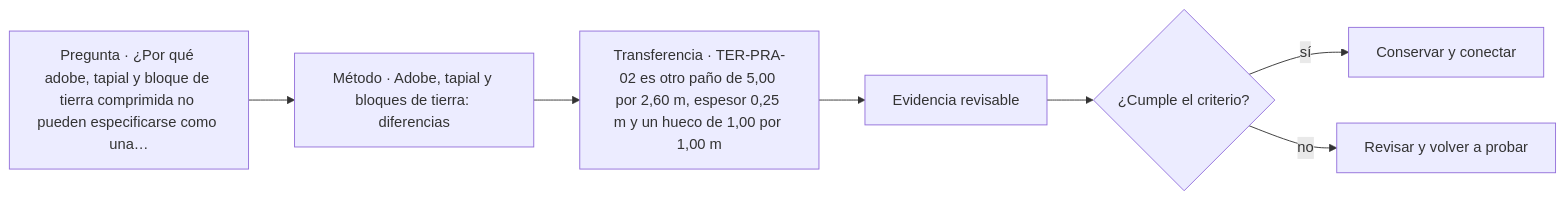
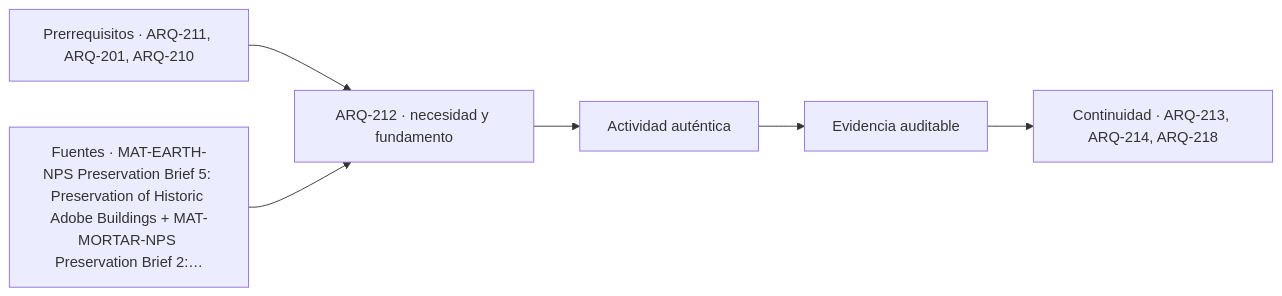
One commit to vladimiracunadev-create/architecture-built-environment-learning-program changed the diagram in classes/parte-22/ARQ-212.md. Above: the diagram before and after it, drawn with Mermaid. The commit also changed other lines of this file and 761 other files, not shown here.

````diff
--- a/classes/parte-22/ARQ-212.md
+++ b/classes/parte-22/ARQ-212.md
@@ -99,9 +111,8 @@
 ```mermaid
 flowchart LR
-    Q["Pregunta · ¿Por qué adobe, tapial y bloque de tierra comprimida no pueden especificarse como una…"] --> M["Método · Adobe, tapial y bloques de tierra: diferencias"]
-    M --> P["Transferencia · TER-PRA-02 es otro paño de 5,00 por 2,60 m, espesor 0,25 m y un hueco de 1,00 por 1,00 m"]
-    P --> E["Evidencia revisable"]
-    E --> C{"¿Cumple el criterio?"}
-    C -->|sí| T["Conservar y conectar"]
-    C -->|no| R["Revisar y volver a probar"]
+    A["Prerrequisitos · ARQ-211, ARQ-201, ARQ-210"] --> B["ARQ-212 · necesidad y fundamento"]
+    S["Fuentes · MAT-EARTH-NPS Preservation Brief 5: Preservation of Historic Adobe Buildings + MAT-MORTAR-NPS Preservation Brief 2:…"] --> B
+    B --> C["Actividad auténtica"]
+    C --> D["Evidencia auditable"]
+    D --> E["Continuidad · ARQ-213, ARQ-214, ARQ-218"]
 ```
````
